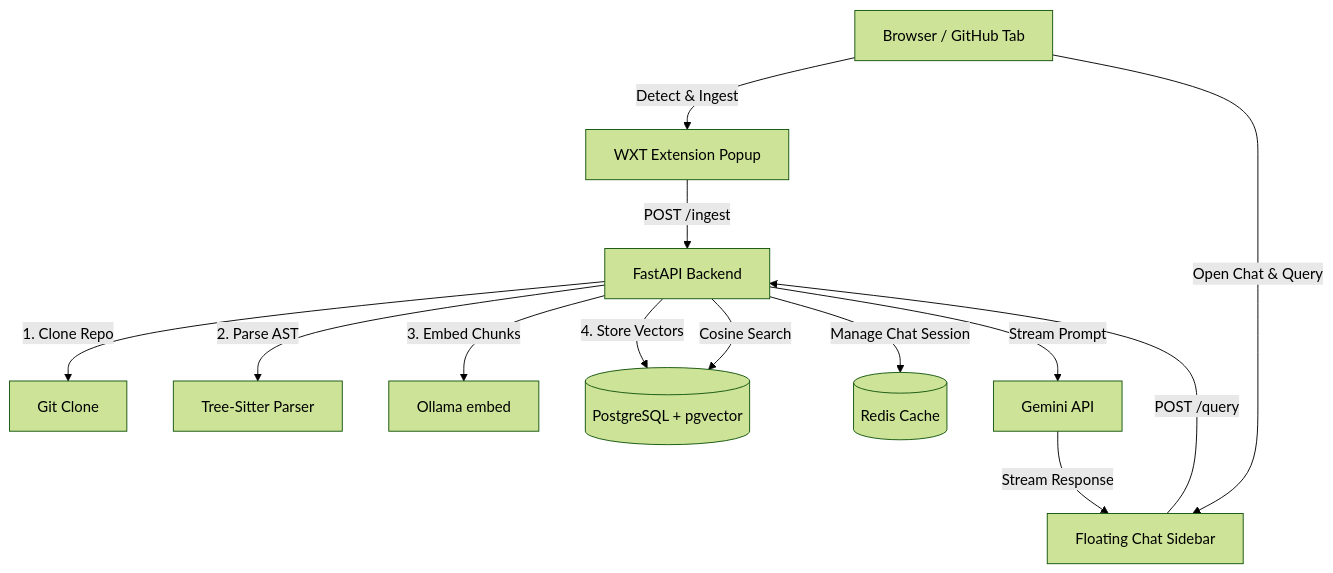
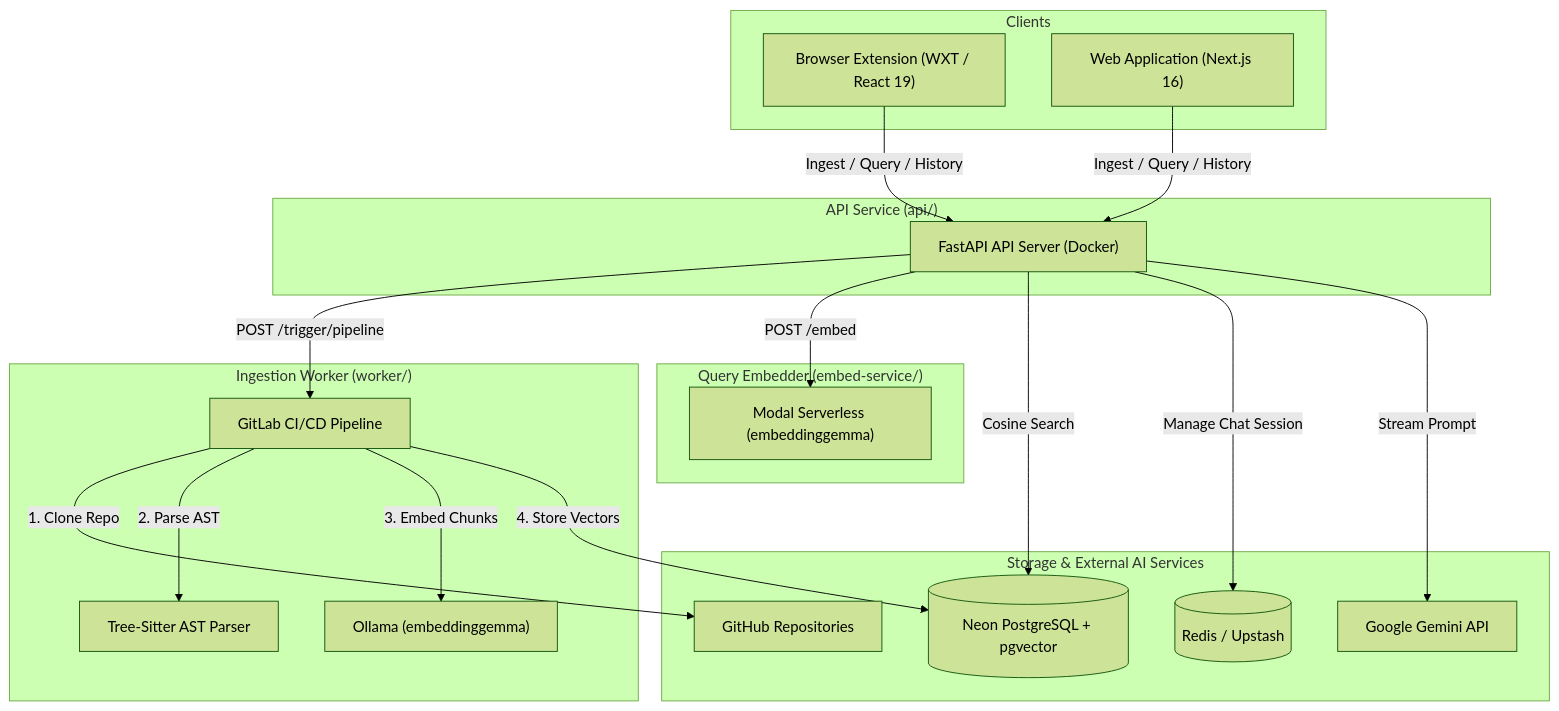
The diagram in README.md (ayussh-2/AskRepo), drawn with Mermaid (forest theme) before and after one commit. The commit also changed other lines of this file, not shown here.

````diff
--- a/README.md
+++ b/README.md
@@ -34,16 +38,42 @@
 ```mermaid
 graph TD
-    Browser[Browser / GitHub Tab] -->|Detect & Ingest| Extension[WXT Extension Popup]
-    Extension -->|POST /ingest| FastAPI[FastAPI Backend]
-    FastAPI -->|1. Clone Repo| Git[Git Clone]
-    FastAPI -->|2. Parse AST| TreeSitter[Tree-Sitter Parser]
-    FastAPI -->|3. Embed Chunks| Ollama[Ollama embed]
-    FastAPI -->|4. Store Vectors| Postgres[(PostgreSQL + pgvector)]
+    subgraph Clients ["Clients"]
+        Extension["Browser Extension (WXT / React 19)"]
+        Web["Web Application (Next.js 16)"]
+    end
 
-    Browser -->|Open Chat & Query| FloatingChat[Floating Chat Sidebar]
-    FloatingChat -->|POST /query| FastAPI
-    FastAPI -->|Cosine Search| Postgres
-    FastAPI -->|Manage Chat Session| Redis[(Redis Cache)]
-    FastAPI -->|Stream Prompt| Gemini[Gemini API]
-    Gemini -->|Stream Response| FloatingChat
+    subgraph Backend ["API Service (api/)"]
+        API["FastAPI API Server (Docker)"]
+    end
+
+    subgraph Ingestion ["Ingestion Worker (worker/)"]
+        GitLabRunner["GitLab CI/CD Pipeline"]
+        TreeSitter["Tree-Sitter AST Parser"]
+        WorkerOllama["Ollama (embeddinggemma)"]
+    end
+
+    subgraph EmbedService ["Query Embedder (embed-service/)"]
+        ModalEndpoint["Modal Serverless (embeddinggemma)"]
+    end
+
+    subgraph Storage ["Storage & External AI Services"]
+        Postgres[("Neon PostgreSQL + pgvector")]
+        Redis[("Redis / Upstash")]
+        Gemini["Google Gemini API"]
+        GitRepo["GitHub Repositories"]
+    end
+
+    Extension -->|Ingest / Query / History| API
+    Web -->|Ingest / Query / History| API
+
+    API -->|POST /trigger/pipeline| GitLabRunner
+    GitLabRunner -->|1. Clone Repo| GitRepo
+    GitLabRunner -->|2. Parse AST| TreeSitter
+    GitLabRunner -->|3. Embed Chunks| WorkerOllama
+    GitLabRunner -->|4. Store Vectors| Postgres
+
+    API -->|POST /embed| ModalEndpoint
+    API -->|Cosine Search| Postgres
+    API -->|Manage Chat Session| Redis
+    API -->|Stream Prompt| Gemini
 ```
````
